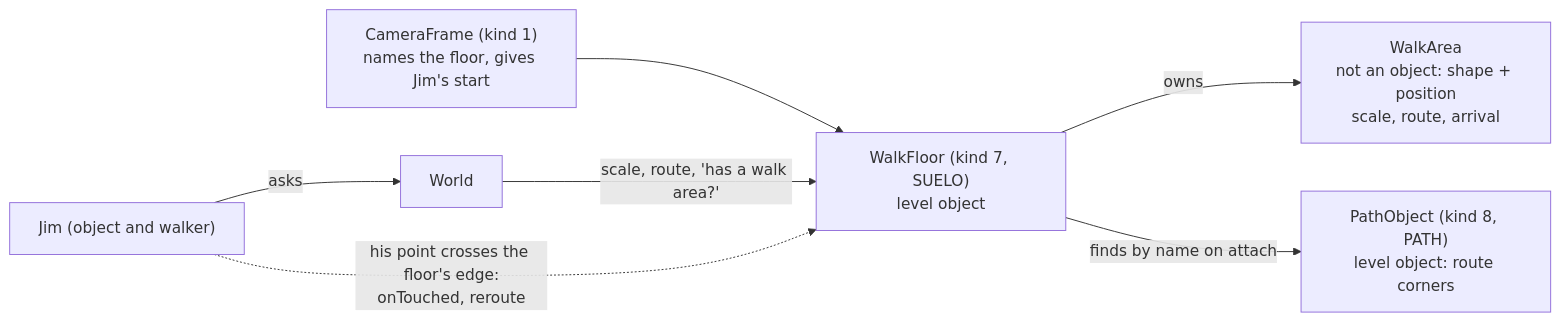
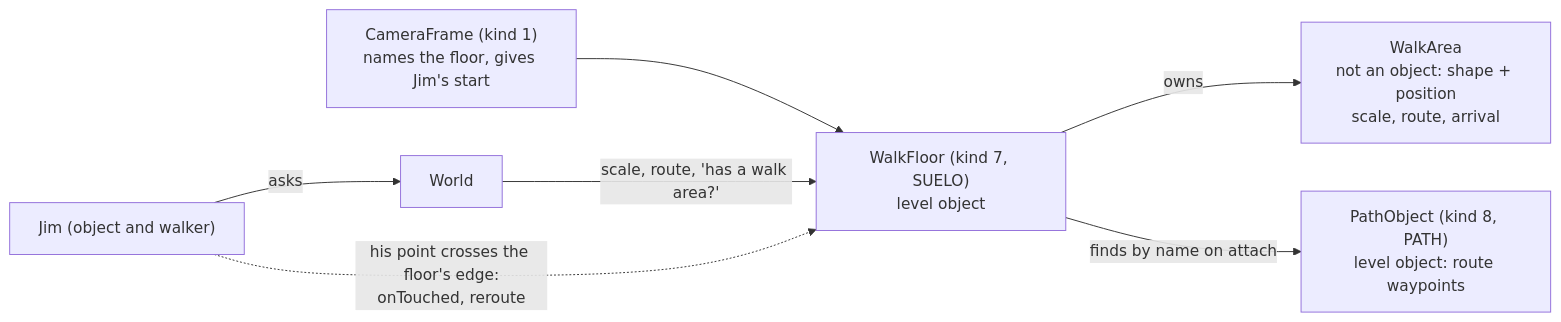
The ninth of 9 diagrams in re/SUBSYSTEMS.md (kelmer44/tesoro-stuff), drawn with Mermaid before and after one commit. The commit also changed other lines of this file and 7 other files, not shown here.

Commit message:
Corners vs waypoints

````diff
--- a/re/SUBSYSTEMS.md
+++ b/re/SUBSYSTEMS.md
@@ -722,9 +722,9 @@
 ```mermaid
 flowchart LR
     CF["CameraFrame (kind 1)<br/>names the floor, gives Jim's start"] --> F
     F["WalkFloor (kind 7, SUELO)<br/>level object"] -->|"owns"| WA["WalkArea<br/>not an object: shape + position<br/>scale, route, arrival"]
-    F -->|"finds by name on attach"| P["PathObject (kind 8, PATH)<br/>level object: route corners"]
+    F -->|"finds by name on attach"| P["PathObject (kind 8, PATH)<br/>level object: route waypoints"]
     World["World"] -->|"scale, route, 'has a walk area?'"| F
     Jim["Jim (object and walker)"] -->|"asks"| World
     Jim -. "his point crosses the floor's edge:<br/>onTouched, reroute" .-> F
 ```
````
